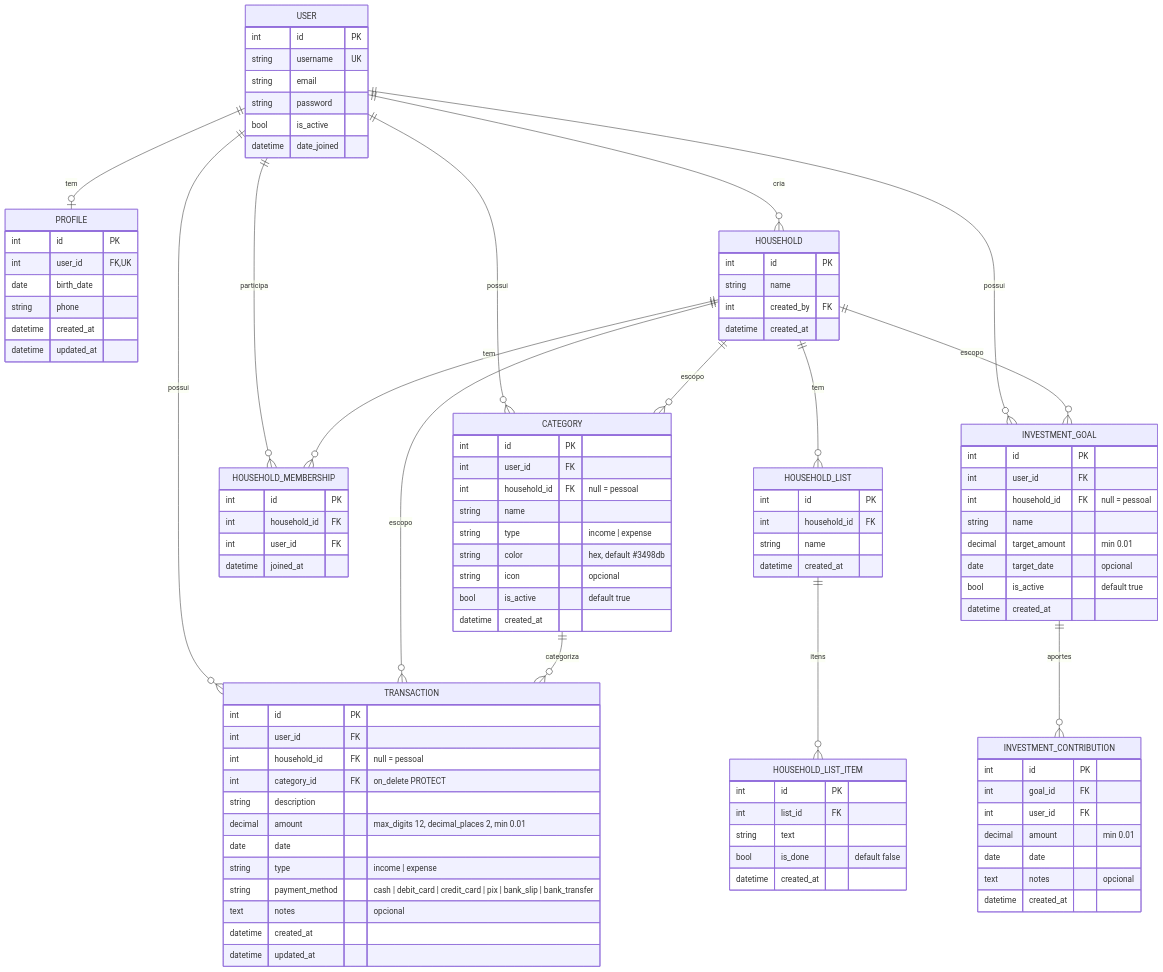
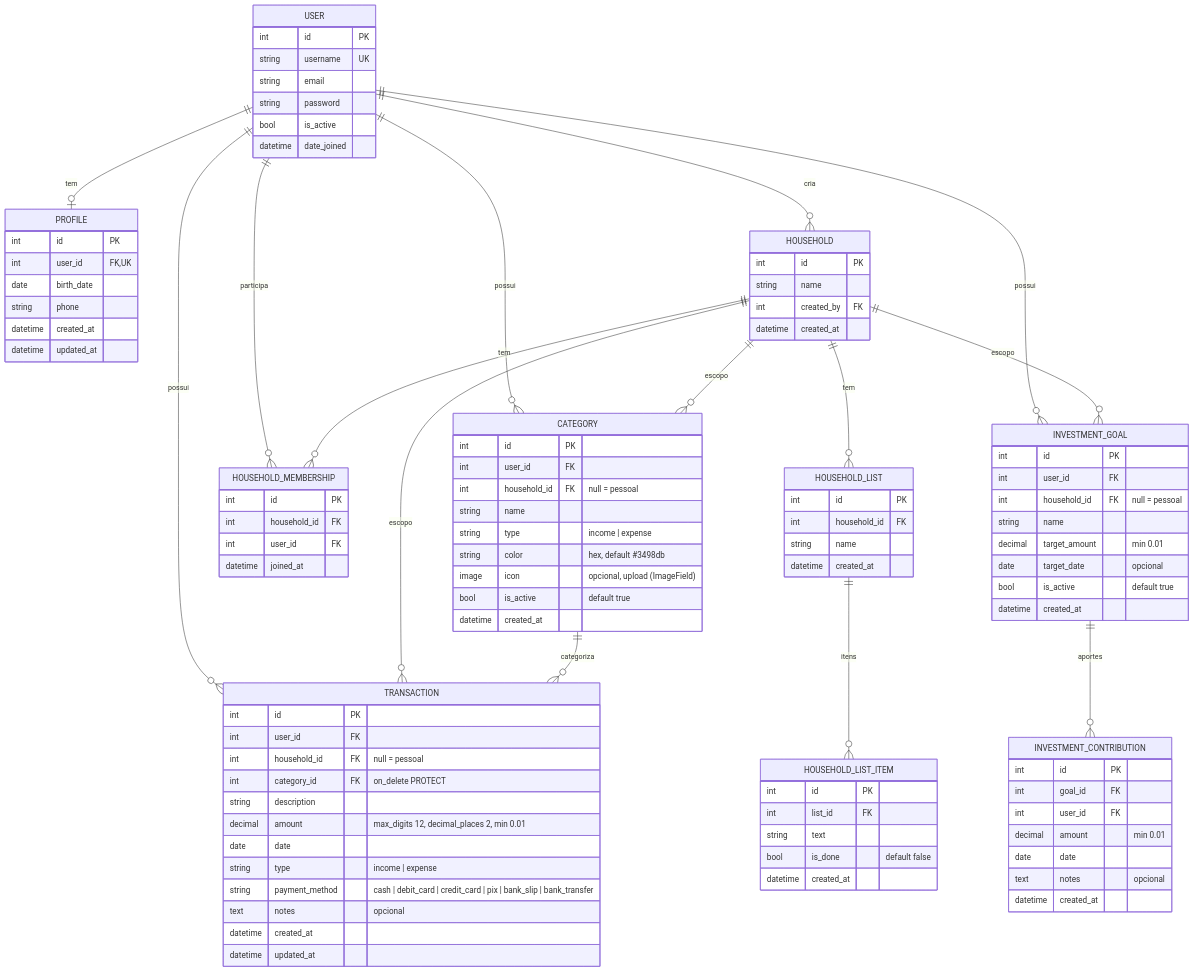
The third of 3 diagrams in PRD.md (Jhonnyss3/emy), drawn with Mermaid before and after one commit. The commit also changed other lines of this file and 31 other files, not shown here.

```diff
--- a/PRD.md
+++ b/PRD.md
@@ -461,7 +463,7 @@
         string name
         string type "income | expense"
         string color "hex, default #3498db"
-        string icon "opcional"
+        image icon "opcional, upload (ImageField)"
         bool is_active "default true"
         datetime created_at
     }
```
